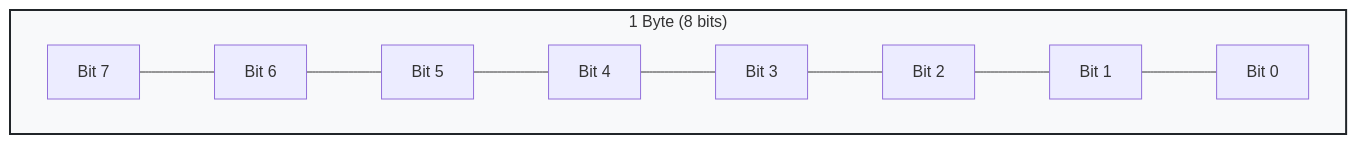
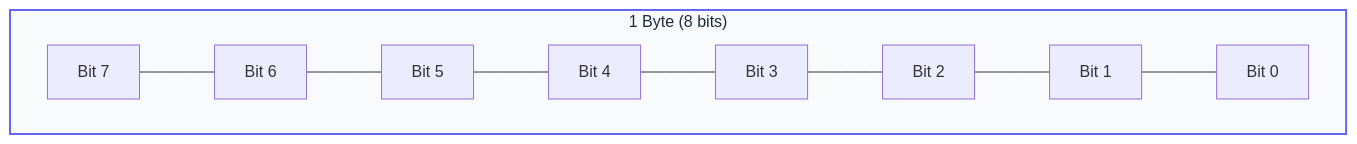
One commit to shainsethi/dsa-java changed the second of 4 diagrams in Variables/VARIABLES.md. Above: the diagram before and after it, drawn with Mermaid. The commit also changed other lines of this file, not shown here.

````diff
--- a/Variables/VARIABLES.md
+++ b/Variables/VARIABLES.md
@@ -168,9 +168,9 @@
 ```mermaid
 flowchart LR
     subgraph Byte["1 Byte (8 bits)"]
         direction LR
         b7[Bit 7] --- b6[Bit 6] --- b5[Bit 5] --- b4[Bit 4]
         b4 --- b3[Bit 3] --- b2[Bit 2] --- b1[Bit 1] --- b0[Bit 0]
     end
-    style Byte fill:#f8f9fa,stroke:#212529,stroke-width:2px
+    style Byte fill:#f8fafc,stroke:#6366f1,stroke-width:2px,color:#1e293b
 ```
````
